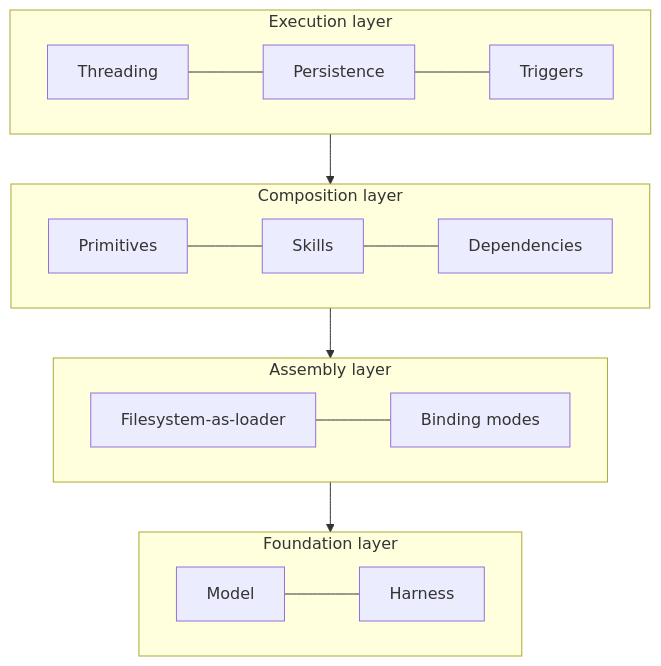
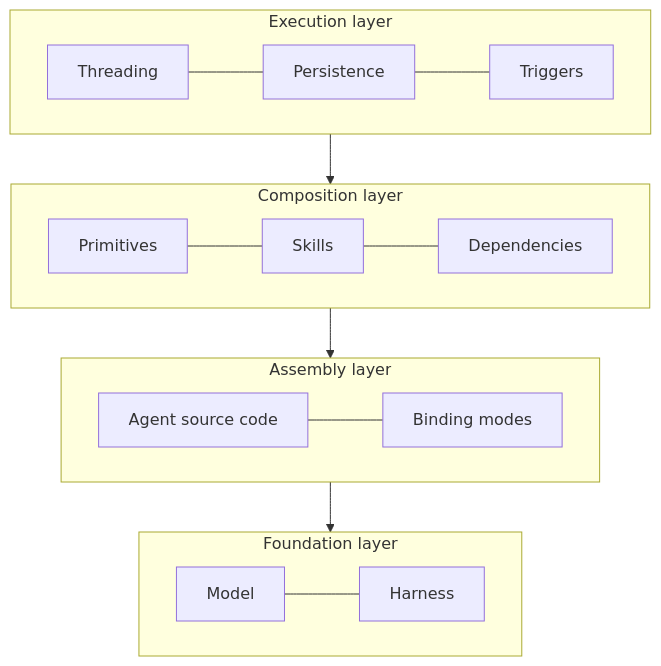
One commit to danielmeppiel/agentic-sdlc-handbook changed the diagram in handbook/ch17-architectural-patterns-rosetta-stone.qmd. Above: the diagram before and after it, drawn with Mermaid. The commit also changed other lines of this file and 12 other files, not shown here.

First line of the commit message:
feat: v0.10.0 author feedback — Client + agent source code rename, runtime machine re-arch (PR #3)

````diff
--- a/handbook/ch17-architectural-patterns-rosetta-stone.qmd
+++ b/handbook/ch17-architectural-patterns-rosetta-stone.qmd
@@ -21,20 +21,20 @@
 ```{mermaid}
 flowchart TB
     subgraph EXEC["Execution layer"]
         direction LR
         TH[Threading] --- PER[Persistence] --- TRG[Triggers]
     end
     subgraph COMP["Composition layer"]
         direction LR
         PR[Primitives] --- SK[Skills] --- DEP[Dependencies]
     end
     subgraph ASM["Assembly layer"]
         direction LR
-        FS[Filesystem-as-loader] --- BIND[Binding modes]
+        FS[Agent source code] --- BIND[Binding modes]
     end
     subgraph FND["Foundation layer"]
         direction LR
         MOD[Model] --- HAR[Harness]
     end
     EXEC --> COMP --> ASM --> FND
 ```
````
